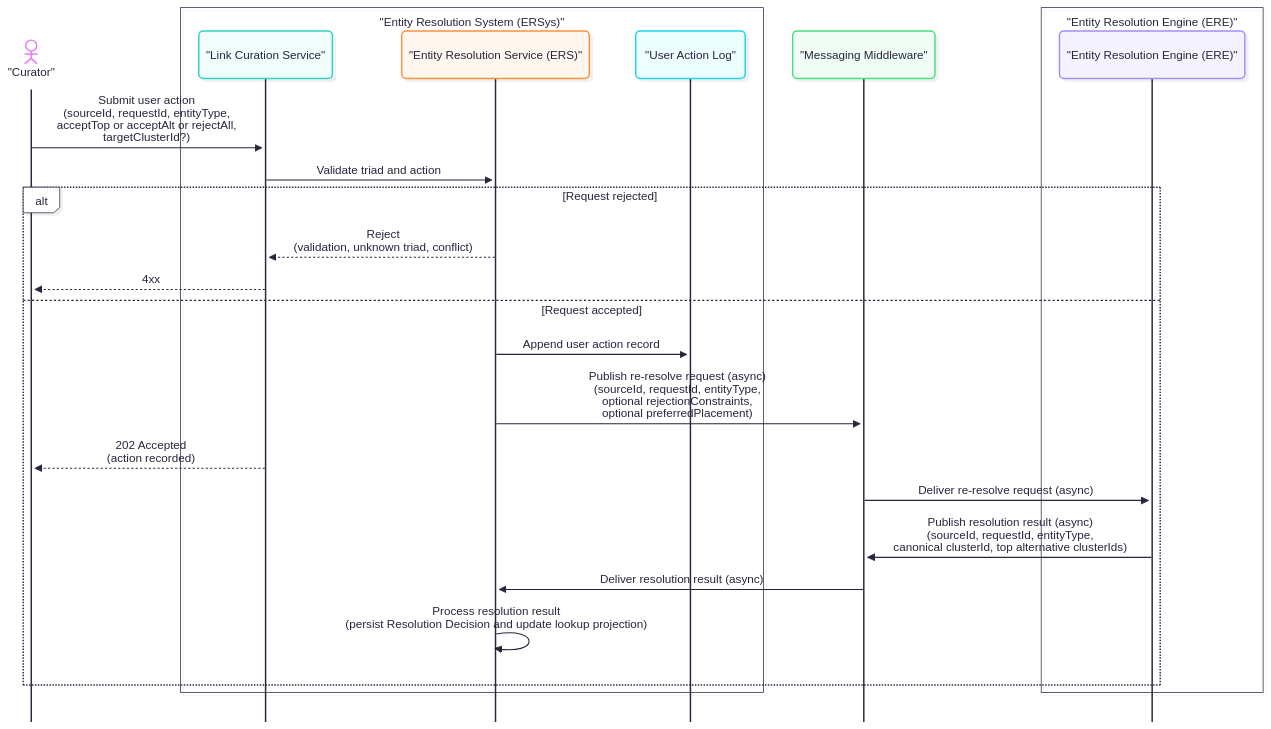
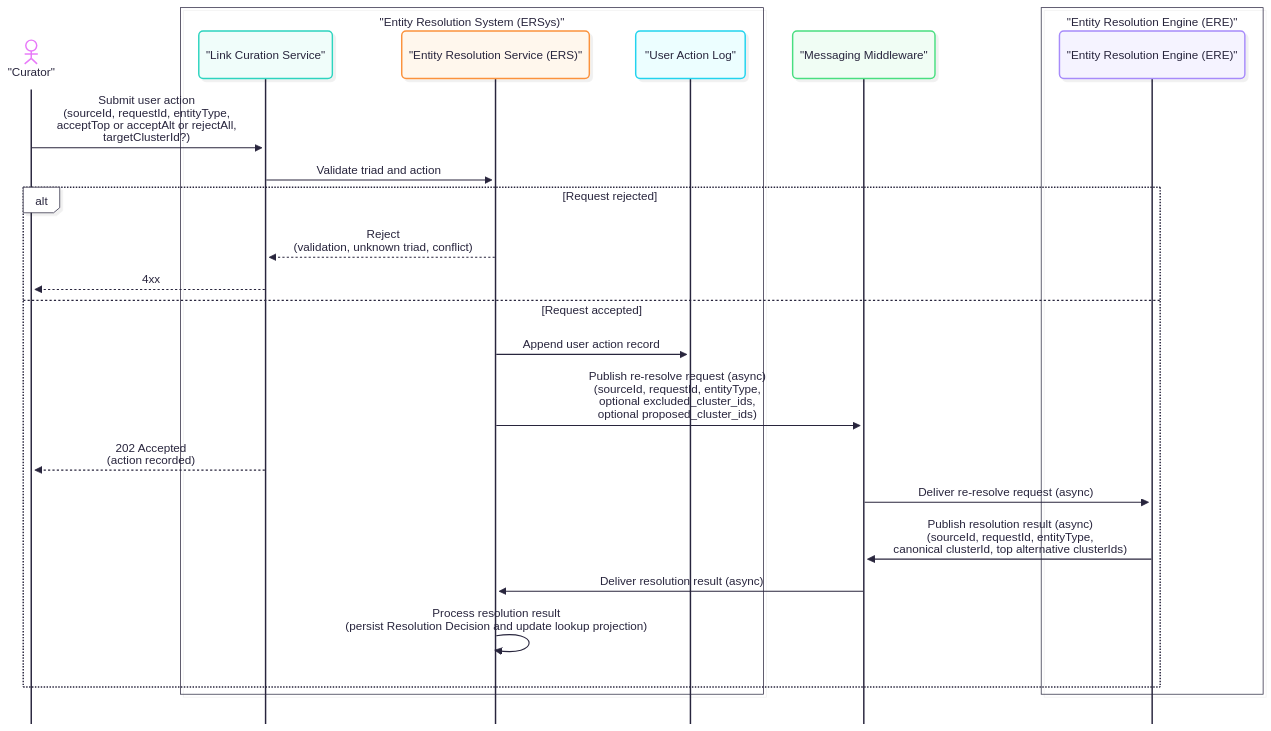
The diagram in docs/architecture/sequence_diagrams/spine-D-Curation-loop(simplified).mmd (OP-TED/entity-resolution-spec), drawn with Mermaid before and after one commit. The commit also changed 13 other files, not shown here.

First line of the commit message:
docs: align message descriptions, features and diagrams with the ERS-ERE behaviour of 1.1.0-rc.8

```diff
--- a/docs/architecture/sequence_diagrams/spine-D-Curation-loop(simplified).mmd
+++ b/docs/architecture/sequence_diagrams/spine-D-Curation-loop(simplified).mmd
@@ -1,46 +1,46 @@
 ---
 config:
   look: neo
   theme: redux-color
   mirrorActors: false
   sequence:
     bottomMarginAdj: 0.1
 ---
 sequenceDiagram
 %% Maps to EA diagram: UML Sequence (Spine D)
 %% Purpose: curator submits a user action (acceptTop, acceptAlt, rejectAll) that is logged and forwarded to ERE
 %% Focus: user action log, async re-resolve, later UI refresh when results arrive
 %% Excludes: decision browsing, detailed store choreography, scoring internals
 
 actor Curator as "Curator"
 
 box "Entity Resolution System (ERSys)"
     participant LinkCurationSvc as "Link Curation Service"
     participant ERS as "Entity Resolution Service (ERS)"
     participant UserActionLog as "User Action Log"
 end
 
 participant MessagingMiddleware as "Messaging Middleware"
 
 box "Entity Resolution Engine (ERE)"
     participant ERE as "Entity Resolution Engine (ERE)"
 end
 
 Curator ->> LinkCurationSvc: Submit user action<br/>(sourceId, requestId, entityType,<br/>acceptTop or acceptAlt or rejectAll,<br/>targetClusterId?)
 LinkCurationSvc ->> ERS: Validate triad and action
 
 alt Request rejected
     ERS -->> LinkCurationSvc: Reject<br/>(validation, unknown triad, conflict)
     LinkCurationSvc -->> Curator: 4xx
 else Request accepted
     ERS ->> UserActionLog: Append user action record
-    ERS ->> MessagingMiddleware: Publish re-resolve request (async)<br/>(sourceId, requestId, entityType,<br/>optional rejectionConstraints,<br/>optional preferredPlacement)
+    ERS ->> MessagingMiddleware: Publish re-resolve request (async)<br/>(sourceId, requestId, entityType,<br/>optional excluded_cluster_ids,<br/>optional proposed_cluster_ids)
     LinkCurationSvc -->> Curator: 202 Accepted<br/>(action recorded)
 
     MessagingMiddleware ->> ERE: Deliver re-resolve request (async)
     ERE ->> MessagingMiddleware: Publish resolution result (async)<br/>(sourceId, requestId, entityType,<br/>canonical clusterId, top alternative clusterIds)
     MessagingMiddleware ->> ERS: Deliver resolution result (async)
     ERS ->> ERS: Process resolution result<br/>(persist Resolution Decision and update lookup projection)
 end
 
 %% note right of LinkCurationSvc: The UI may refresh by polling decision preview or bulk refresh<br/>until it observes the updated cluster assignment
```
